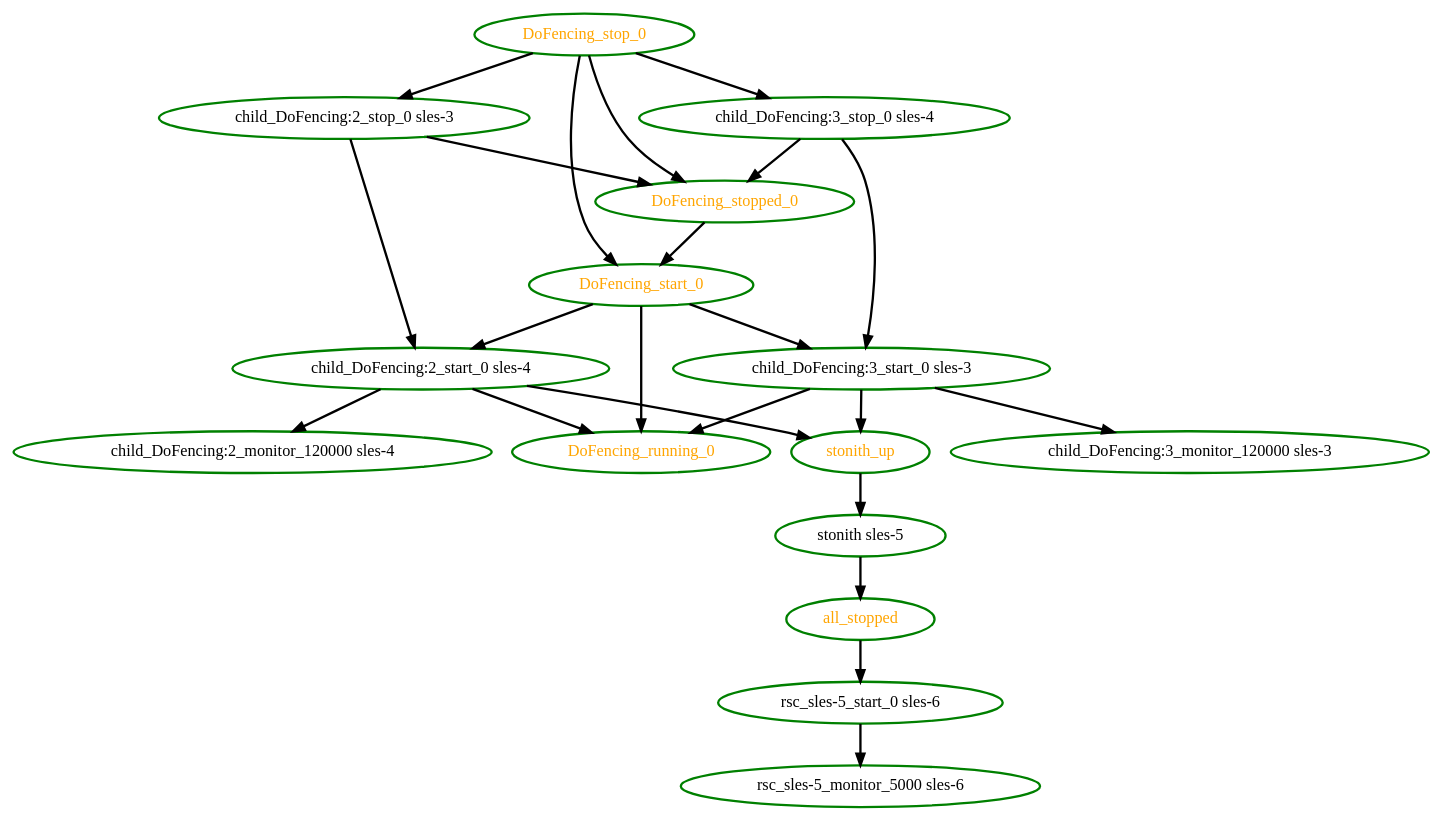
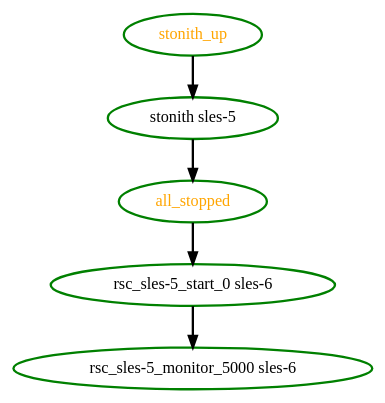
The diagram in pengine/testcases/stonith-2.dot (linux-ha-japan/pm_diskd), drawn with Graphviz before and after one commit. The commit also changed 5 other files, not shown here.

```diff
--- a/pengine/testcases/stonith-2.dot
+++ b/pengine/testcases/stonith-2.dot
@@ -1,39 +1,11 @@
 digraph "g" {
-"DoFencing_running_0" [ style=bold color="green" fontcolor="orange"  ]
-"DoFencing_start_0" -> "DoFencing_running_0" [ style = bold]
-"DoFencing_start_0" -> "child_DoFencing:2_start_0 sles-4" [ style = bold]
-"DoFencing_start_0" -> "child_DoFencing:3_start_0 sles-3" [ style = bold]
-"DoFencing_start_0" [ style=bold color="green" fontcolor="orange"  ]
-"DoFencing_stop_0" -> "DoFencing_start_0" [ style = bold]
-"DoFencing_stop_0" -> "DoFencing_stopped_0" [ style = bold]
-"DoFencing_stop_0" -> "child_DoFencing:2_stop_0 sles-3" [ style = bold]
-"DoFencing_stop_0" -> "child_DoFencing:3_stop_0 sles-4" [ style = bold]
-"DoFencing_stop_0" [ style=bold color="green" fontcolor="orange"  ]
-"DoFencing_stopped_0" -> "DoFencing_start_0" [ style = bold]
-"DoFencing_stopped_0" [ style=bold color="green" fontcolor="orange"  ]
 "all_stopped" -> "rsc_sles-5_start_0 sles-6" [ style = bold]
 "all_stopped" [ style=bold color="green" fontcolor="orange"  ]
-"child_DoFencing:2_monitor_120000 sles-4" [ style=bold color="green" fontcolor="black"  ]
-"child_DoFencing:2_start_0 sles-4" -> "DoFencing_running_0" [ style = bold]
-"child_DoFencing:2_start_0 sles-4" -> "child_DoFencing:2_monitor_120000 sles-4" [ style = bold]
-"child_DoFencing:2_start_0 sles-4" -> "stonith_up" [ style = bold]
-"child_DoFencing:2_start_0 sles-4" [ style=bold color="green" fontcolor="black"  ]
-"child_DoFencing:2_stop_0 sles-3" -> "DoFencing_stopped_0" [ style = bold]
-"child_DoFencing:2_stop_0 sles-3" -> "child_DoFencing:2_start_0 sles-4" [ style = bold]
-"child_DoFencing:2_stop_0 sles-3" [ style=bold color="green" fontcolor="black"  ]
-"child_DoFencing:3_monitor_120000 sles-3" [ style=bold color="green" fontcolor="black"  ]
-"child_DoFencing:3_start_0 sles-3" -> "DoFencing_running_0" [ style = bold]
-"child_DoFencing:3_start_0 sles-3" -> "child_DoFencing:3_monitor_120000 sles-3" [ style = bold]
-"child_DoFencing:3_start_0 sles-3" -> "stonith_up" [ style = bold]
-"child_DoFencing:3_start_0 sles-3" [ style=bold color="green" fontcolor="black"  ]
-"child_DoFencing:3_stop_0 sles-4" -> "DoFencing_stopped_0" [ style = bold]
-"child_DoFencing:3_stop_0 sles-4" -> "child_DoFencing:3_start_0 sles-3" [ style = bold]
-"child_DoFencing:3_stop_0 sles-4" [ style=bold color="green" fontcolor="black"  ]
 "rsc_sles-5_monitor_5000 sles-6" [ style=bold color="green" fontcolor="black"  ]
 "rsc_sles-5_start_0 sles-6" -> "rsc_sles-5_monitor_5000 sles-6" [ style = bold]
 "rsc_sles-5_start_0 sles-6" [ style=bold color="green" fontcolor="black"  ]
 "stonith sles-5" -> "all_stopped" [ style = bold]
 "stonith sles-5" [ style=bold color="green" fontcolor="black"  ]
 "stonith_up" -> "stonith sles-5" [ style = bold]
 "stonith_up" [ style=bold color="green" fontcolor="orange"  ]
 }
```
